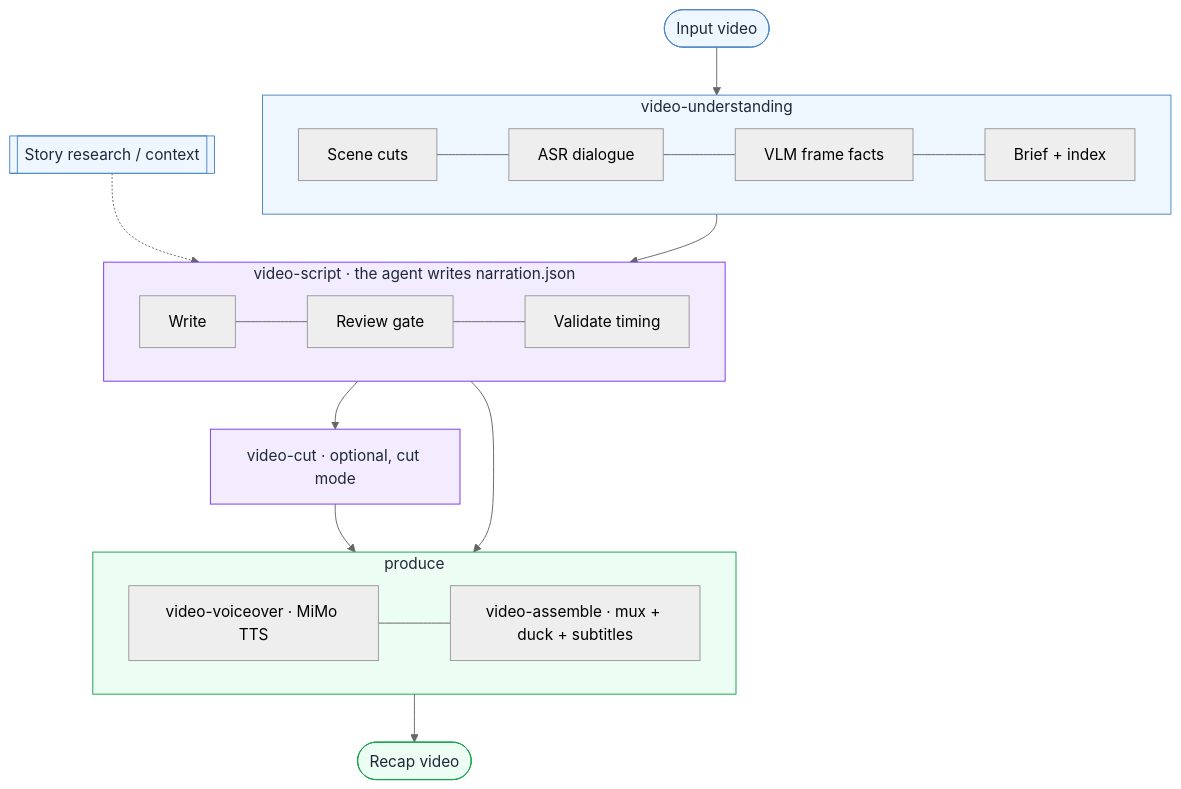
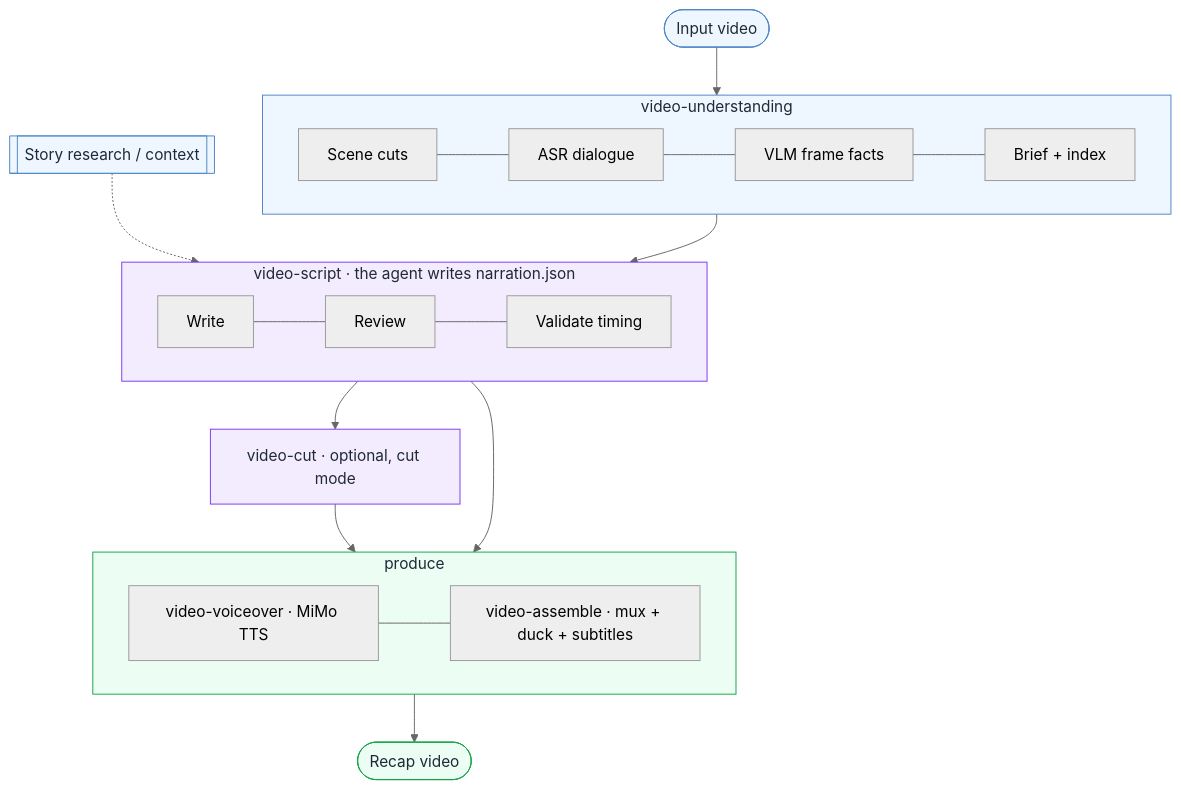
Before and after one commit to worldwonderer/video-recap-skills: the diagram in README.md, drawn with Mermaid (neutral theme). The commit also changed other lines of this file and 1 other file, not shown here.

````diff
--- a/README.md
+++ b/README.md
@@ -28,34 +23,34 @@
 ```mermaid
 flowchart TB
     input([Input video]) --> understand
     context[[Story research / context]] -.-> script
 
     subgraph understand[video-understanding]
         direction LR
         scene[Scene cuts] --- asr[ASR dialogue] --- vlm[VLM frame facts] --- brief[Brief + index]
     end
 
     subgraph script[video-script · the agent writes narration.json]
         direction LR
-        write[Write] --- review[Review gate] --- validate[Validate timing]
+        write[Write] --- review[Review] --- validate[Validate timing]
     end
 
     cut[video-cut · optional, cut mode]
     subgraph produce[produce]
         direction LR
         voice[video-voiceover · MiMo TTS] --- assemble[video-assemble · mux + duck + subtitles]
     end
     output([Recap video])
 
     understand --> script
     script --> cut --> produce
     script --> produce
     produce --> output
 
     classDef s fill:#eef6ff,stroke:#4f86c6,color:#1f2937;
     classDef w fill:#f3ecff,stroke:#7c3aed,color:#1f2937;
     classDef p fill:#ecfdf3,stroke:#16a34a,color:#1f2937;
     class input,context,understand s;
     class script,cut w;
     class produce,output p;
 ```
````
